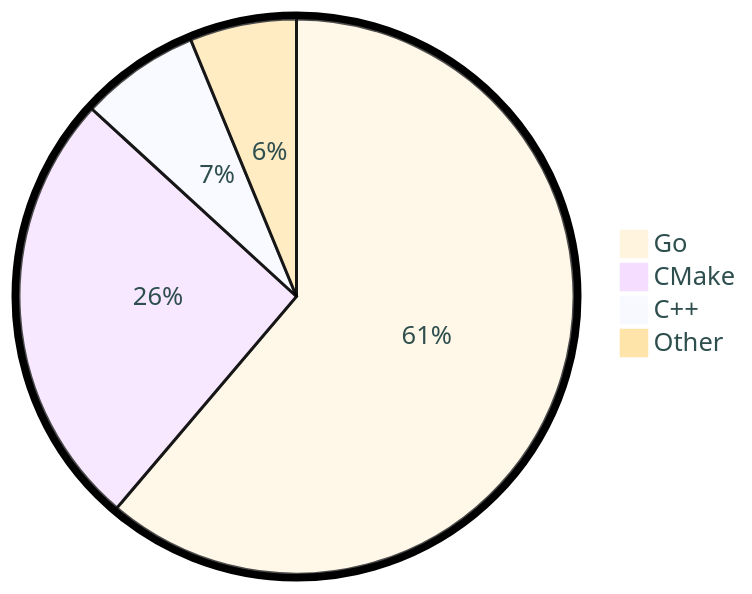
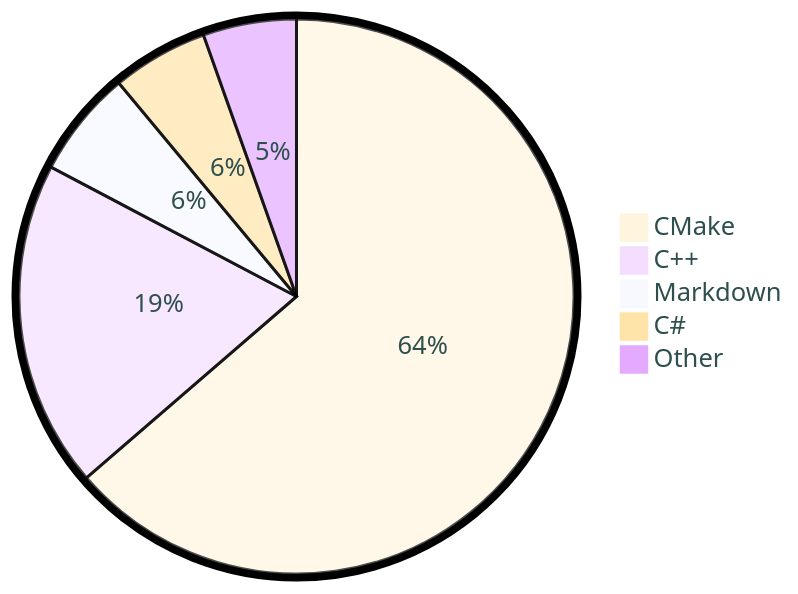
Before and after one commit to tot0p/tot0p: the diagram in README.md, drawn with Mermaid. The commit also changed other lines of this file, not shown here.

````diff
--- a/README.md
+++ b/README.md
@@ -82,8 +81,9 @@
 ```mermaid
 %%{init: {"pie": {"textPosition": 0.5}, "themeVariables": {"pieOuterStrokeWidth": "5px","primaryTextColor" : "#2F4F4F"},"theme":"base"} }%%
 pie
-	"Go": 61.2
-	"CMake": 25.6
-	"C++": 6.97
-	"Other": 6.22
+	"CMake": 63.68
+	"C++": 19.06
+	"Markdown": 6.23
+	"C#": 5.61
+	"Other": 5.439999999999999
 ```
````
